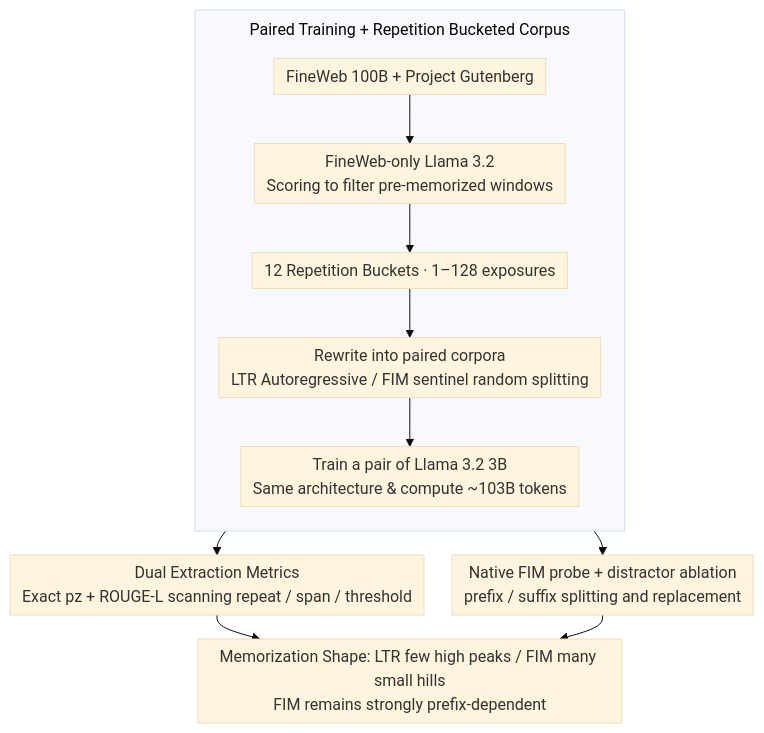
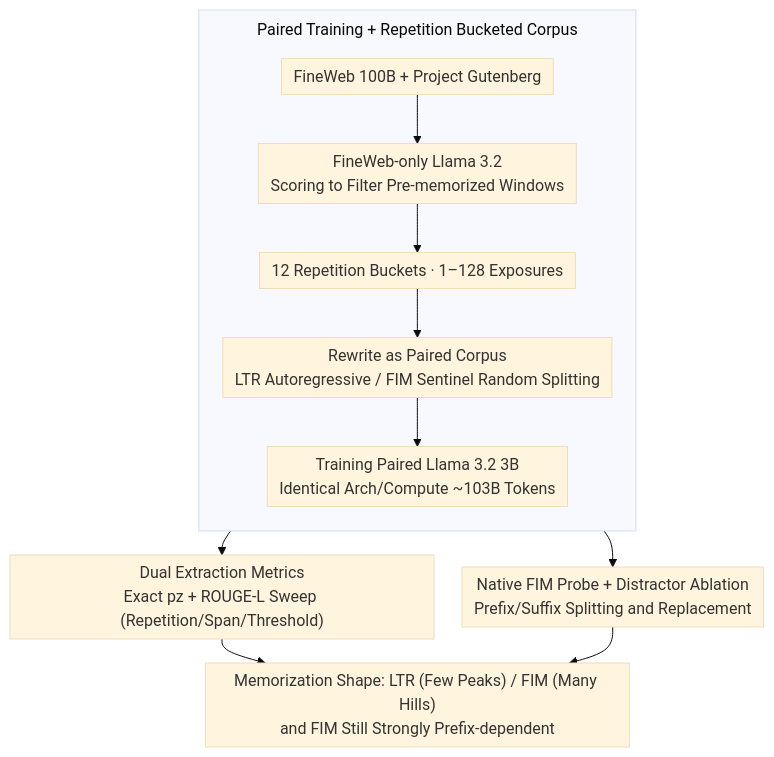
One commit to zhaoyang97/Paper-Notes-en changed the diagram in docs/ICML2026/interpretability/memorization_dynamics_of_fill-in-the-middle_pretraining.md. Above: the diagram before and after it, drawn with Mermaid (base theme). The commit also changed other lines of this file and 5084 other files, not shown here.

````diff
--- a/docs/ICML2026/interpretability/memorization_dynamics_of_fill-in-the-middle_pretraining.md
+++ b/docs/ICML2026/interpretability/memorization_dynamics_of_fill-in-the-middle_pretraining.md
@@ -46,15 +46,15 @@
 ```mermaid
 %%{init: {'flowchart': {'rankSpacing': 24, 'nodeSpacing': 28, 'padding': 6, 'wrappingWidth': 400, 'subGraphTitleMargin': {'top': 8, 'bottom': 16}}}}%%
 flowchart TD
     subgraph S1["Paired Training + Repetition Bucketed Corpus"]
         direction TB
-        A["FineWeb 100B + Project Gutenberg"] --> B["FineWeb-only Llama 3.2<br/>Scoring to filter pre-memorized windows"]
-        B --> C["12 Repetition Buckets · 1–128 exposures"]
-        C --> D["Rewrite into paired corpora<br/>LTR Autoregressive / FIM sentinel random splitting"]
-        D --> E["Train a pair of Llama 3.2 3B<br/>Same architecture & compute ~103B tokens"]
+        A["FineWeb 100B + Project Gutenberg"] --> B["FineWeb-only Llama 3.2<br/>Scoring to Filter Pre-memorized Windows"]
+        B --> C["12 Repetition Buckets · 1–128 Exposures"]
+        C --> D["Rewrite as Paired Corpus<br/>LTR Autoregressive / FIM Sentinel Random Splitting"]
+        D --> E["Training Paired Llama 3.2 3B<br/>Identical Arch/Compute ~103B Tokens"]
     end
-    E --> F["Dual Extraction Metrics<br/>Exact pz + ROUGE-L scanning repeat / span / threshold"]
-    E --> G["Native FIM probe + distractor ablation<br/>prefix / suffix splitting and replacement"]
-    F --> H["Memorization Shape: LTR few high peaks / FIM many small hills<br/>FIM remains strongly prefix-dependent"]
+    E --> F["Dual Extraction Metrics<br/>Exact pz + ROUGE-L Sweep (Repetition/Span/Threshold)"]
+    E --> G["Native FIM Probe + Distractor Ablation<br/>Prefix/Suffix Splitting and Replacement"]
+    F --> H["Memorization Shape: LTR (Few Peaks) / FIM (Many Hills)<br/>and FIM Still Strongly Prefix-dependent"]
     G --> H
 ```
````
